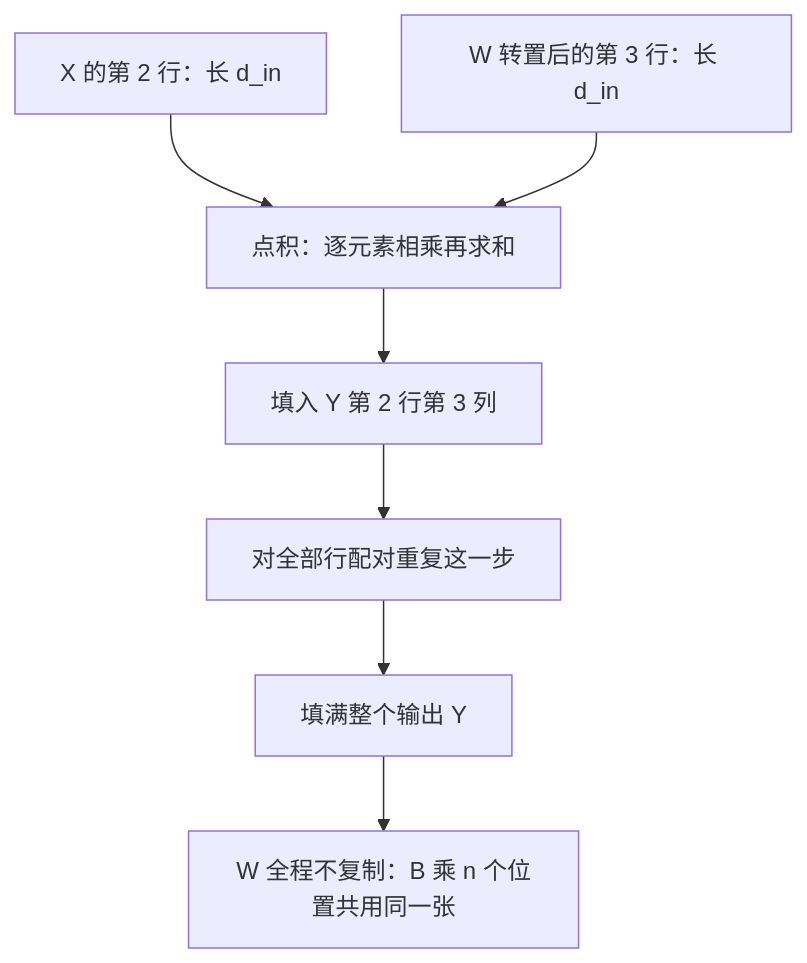
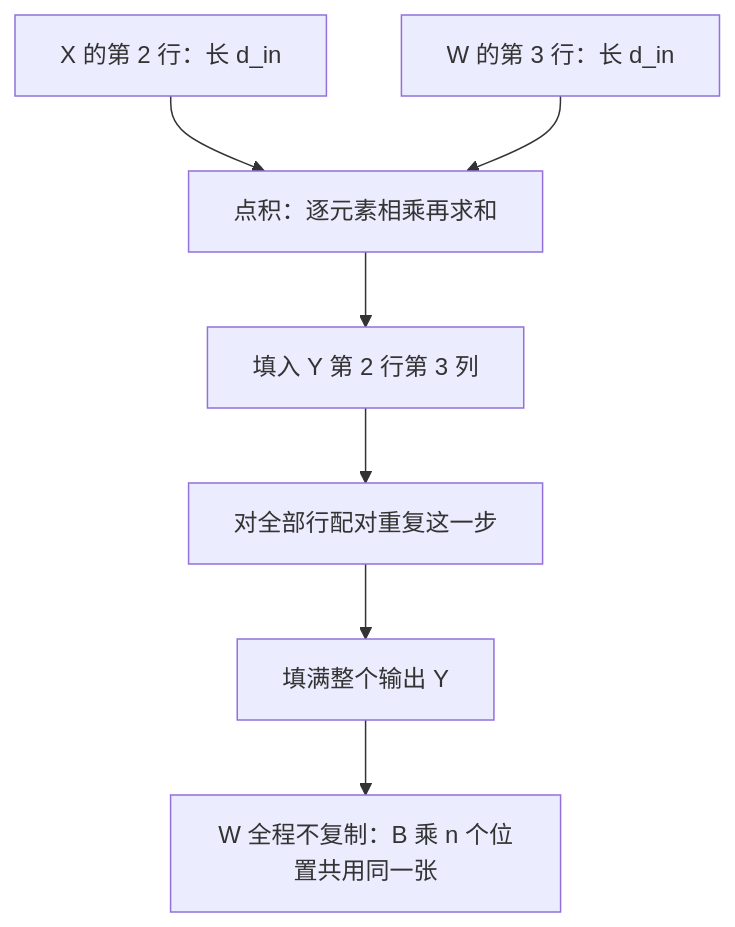
One commit to xhongduo-tech/xhongduo-tech.github.io changed the second of 2 diagrams in docs/llm/matmul-as-layer.md. Above: the diagram before and after it, drawn with Mermaid. The commit also changed 2 other files, not shown here.

Commit message:
Content review llm-001: fix matmul-as-layer W-row label and autograd toy gradients (24), adjudicate float32 denormal wording.

````diff
--- a/docs/llm/matmul-as-layer.md
+++ b/docs/llm/matmul-as-layer.md
@@ -53,9 +53,9 @@
 ```mermaid
 flowchart TD
   X2["X 的第 2 行：长 d_in"] --> DOT["点积：逐元素相乘再求和"]
-  W3["W 转置后的第 3 行：长 d_in"] --> DOT
+  W3["W 的第 3 行：长 d_in"] --> DOT
   DOT --> Y23["填入 Y 第 2 行第 3 列"]
   Y23 --> PAIRS["对全部行配对重复这一步"]
   PAIRS --> Y["填满整个输出 Y"]
   Y --> SHARE["W 全程不复制：B 乘 n 个位置共用同一张"]
 ```
````
